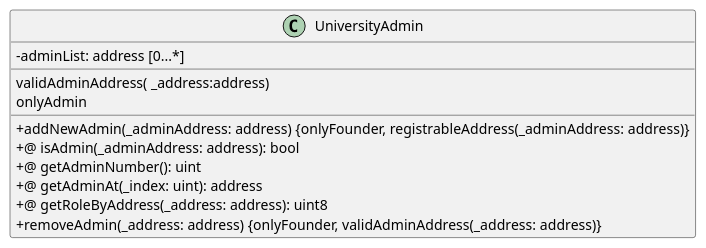
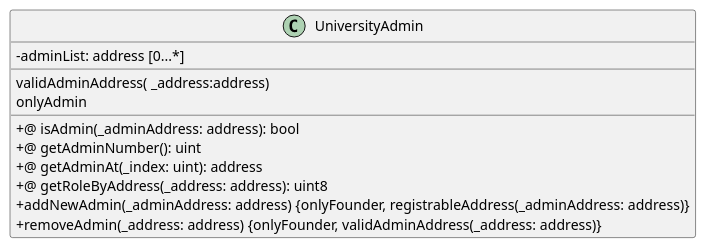
The diagram in Solidity/Contracts/UniversityAdmin.iuml (M9k/Marvin-Uml), drawn with PlantUML before and after one commit. The commit also changed other lines of this file and 1 other file, not shown here.

Commit message:
Scordato addNewAdmin

```diff
--- a/Solidity/Contracts/UniversityAdmin.iuml
+++ b/Solidity/Contracts/UniversityAdmin.iuml
@@ -1,16 +1,16 @@
 @startuml
 skinparam classAttributeIconSize 0
 class UniversityAdmin {
 - adminList: address [0...*]
 __
 validAdminAddress( _address:address)
 onlyAdmin
 __
-+ addNewAdmin(_adminAddress: address) {onlyFounder, registrableAddress(_adminAddress: address)}
 +@ isAdmin(_adminAddress: address): bool
 +@ getAdminNumber(): uint
 +@ getAdminAt(_index: uint): address
 +@ getRoleByAddress(_address: address): uint8
++ addNewAdmin(_adminAddress: address) {onlyFounder, registrableAddress(_adminAddress: address)}
 + removeAdmin(_address: address) {onlyFounder, validAdminAddress(_address: address)}
 }
 @enduml
```
